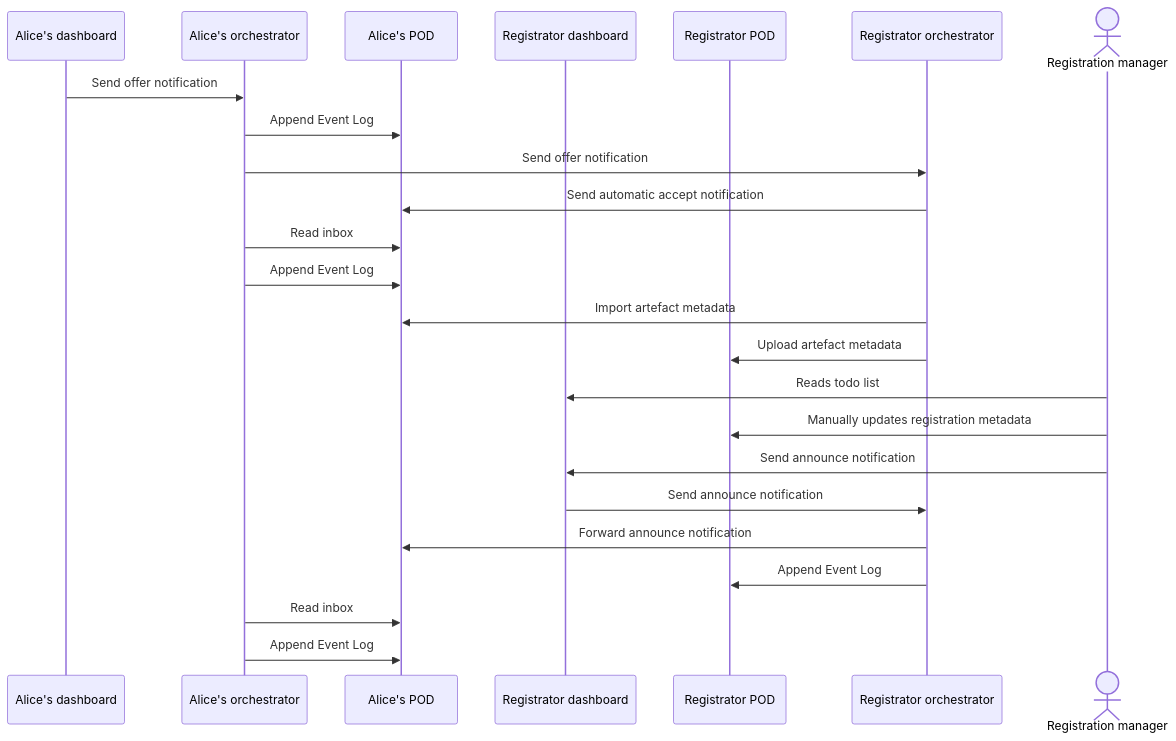
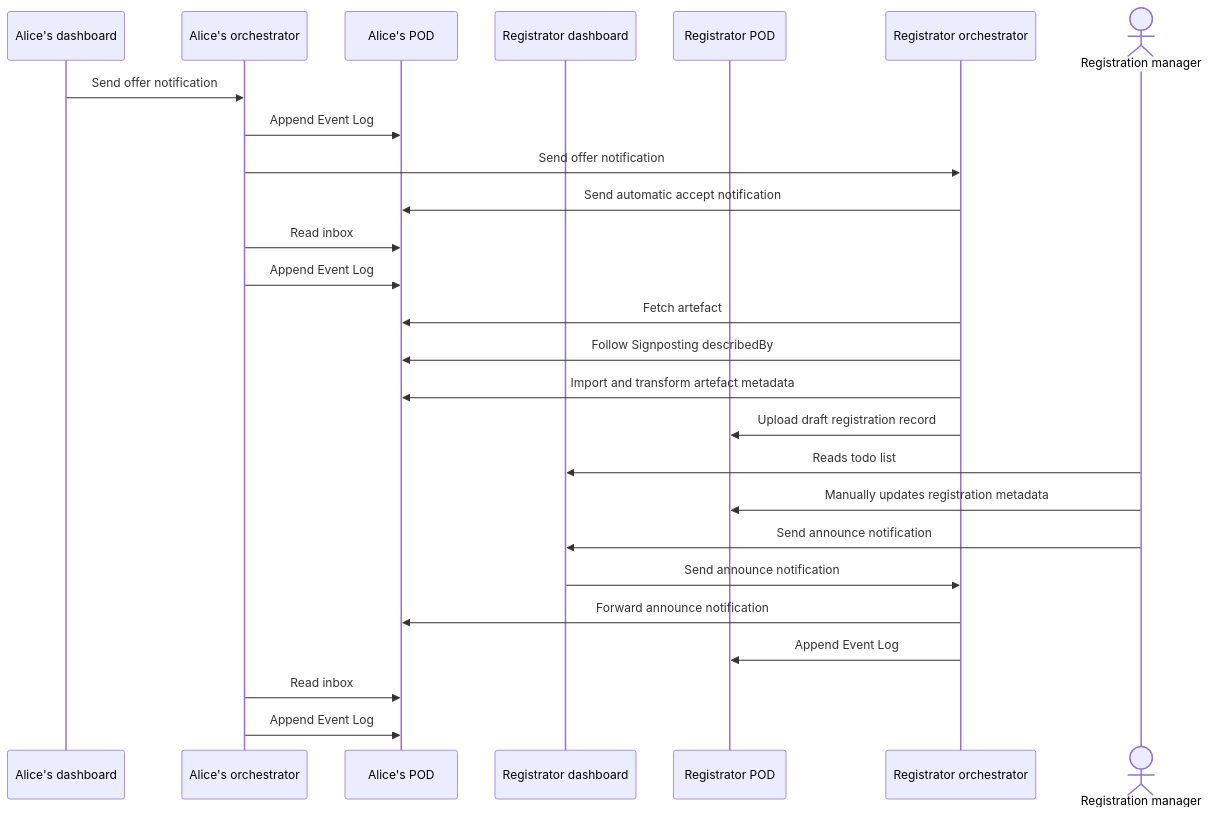
One commit to CRISalid-esr/spec-usecases changed the diagram in diagrams/registration-hub-accepts-offers-from-alice.md. Above: the diagram before and after it, drawn with Mermaid. The commit also changed 3 other files, not shown here.

Commit message:
Adding the Signposting use case in the registration flow

````diff
--- a/diagrams/registration-hub-accepts-offers-from-alice.md
+++ b/diagrams/registration-hub-accepts-offers-from-alice.md
@@ -1,27 +1,29 @@
 ```mermaid
 sequenceDiagram
     participant dashboard as Alice's dashboard
     participant orch as Alice's orchestrator
     participant pod as Alice's POD
     participant dashReg as Registrator dashboard
     participant podReg as Registrator POD
     participant orchReg as Registrator orchestrator
     actor manager as Registration manager
 
     dashboard->>orch: Send offer notification
     orch->>pod: Append Event Log
     orch->>orchReg: Send offer notification
     orchReg->>pod: Send automatic accept notification
     orch->>pod: Read inbox
     orch->>pod: Append Event Log
-    orchReg->>pod: Import artefact metadata
-    orchReg->>podReg: Upload artefact metadata
+    orchReg->>pod: Fetch artefact
+    orchReg->>pod: Follow Signposting describedBy
+    orchReg->>pod: Import and transform artefact metadata
+    orchReg->>podReg: Upload draft registration record
     manager->>dashReg: Reads todo list
     manager->>podReg: Manually updates registration metadata
     manager->>dashReg: Send announce notification
     dashReg->>orchReg: Send announce notification
     orchReg->>pod: Forward announce notification
     orchReg->>podReg: Append Event Log
     orch->>pod: Read inbox
     orch->>pod: Append Event Log
 ```
````
